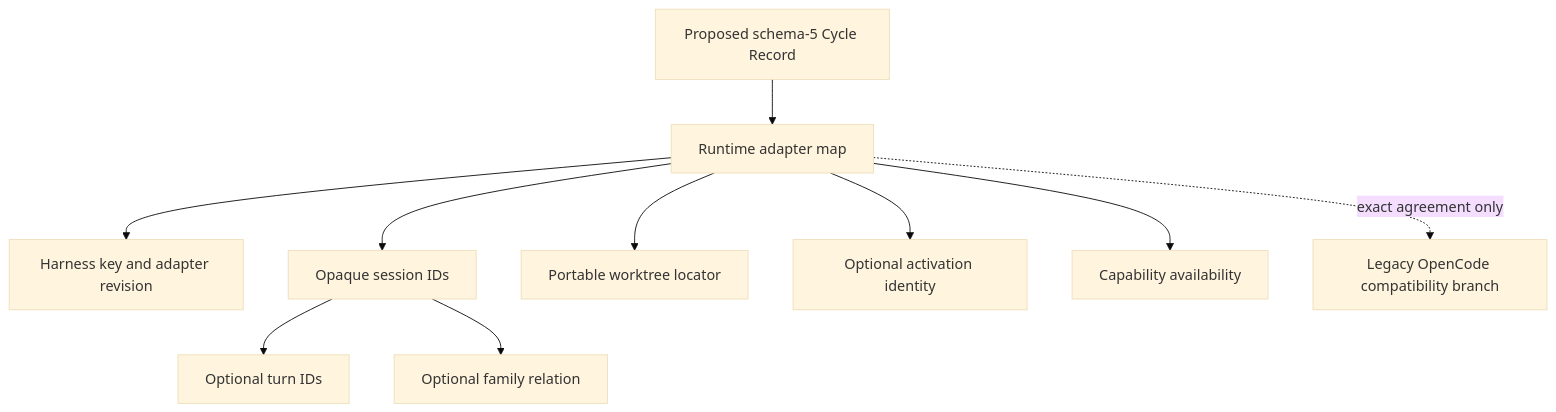
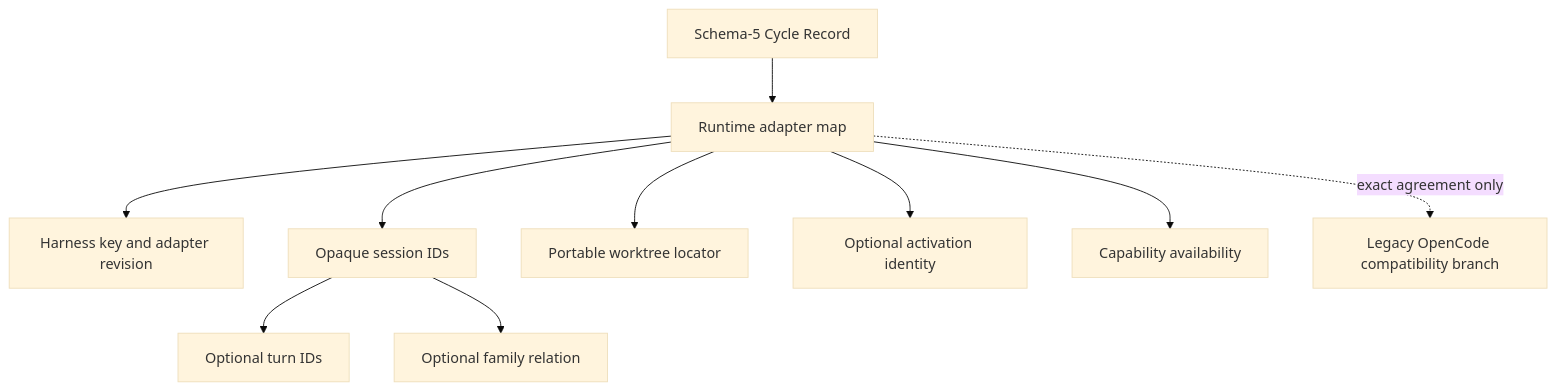
The fifth of 5 diagrams in docs/specs/dbsctr_v3_lifecycle/features/harness-adapters.md (Saltiola7/dotfiles-ai), drawn with Mermaid (base theme) before and after one commit. The commit also changed other lines of this file and 7 other files, not shown here.

````diff
--- a/docs/specs/dbsctr_v3_lifecycle/features/harness-adapters.md
+++ b/docs/specs/dbsctr_v3_lifecycle/features/harness-adapters.md
@@ -131,14 +129,14 @@
 ```mermaid
 flowchart TD
-    accTitle: Proposed schema-5 adapter relationships
-    accDescr: A proposed schema-5 Cycle Record contains one runtime adapter map keyed by harness. Each adapter declares its revision, one or more opaque sessions, optional turns and family relations, one portable worktree locator, optional activation identity, and field-level availability. Legacy OpenCode identity may coexist only when values agree exactly.
-    R[Proposed schema-5 Cycle Record] --> M[Runtime adapter map]
+    accTitle: Schema-5 adapter relationships
+    accDescr: A schema-5 Cycle Record contains one runtime adapter map keyed by harness. Each adapter declares its revision, one or more opaque sessions, optional turns and family relations, one portable worktree locator, optional activation identity, and field-level availability. Legacy OpenCode identity may coexist only when values agree exactly.
+    R[Schema-5 Cycle Record] --> M[Runtime adapter map]
     M --> H[Harness key and adapter revision]
     M --> S[Opaque session IDs]
     S --> T[Optional turn IDs]
     S --> F[Optional family relation]
     M --> W[Portable worktree locator]
     M --> A[Optional activation identity]
     M --> V[Capability availability]
     M -. exact agreement only .-> L[Legacy OpenCode compatibility branch]
 ```
````
